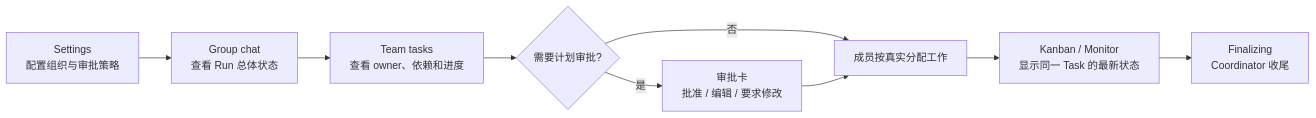
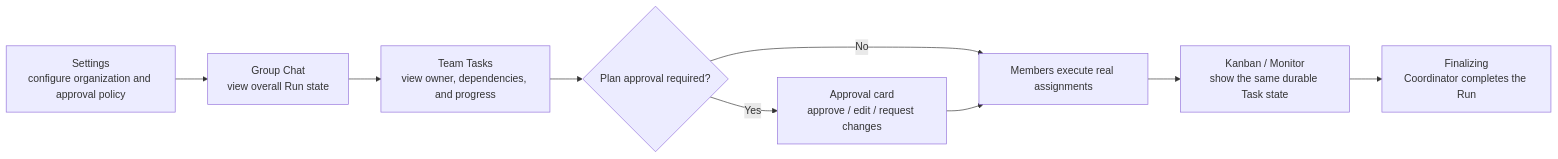
One commit to YORG-AI/ORGII changed the diagram in docs/frontend-ui-audit-2026-07-14/AgentOrgFinalAudit.md. Above: the diagram before and after it, drawn with Mermaid. The commit also changed other lines of this file and 94 other files, not shown here.

````diff
--- a/docs/frontend-ui-audit-2026-07-14/AgentOrgFinalAudit.md
+++ b/docs/frontend-ui-audit-2026-07-14/AgentOrgFinalAudit.md
@@ -24,11 +27,11 @@
 ```mermaid
 flowchart LR
-    S["Settings\n配置组织与审批策略"] --> G["Group chat\n查看 Run 总体状态"]
-    G --> T["Team tasks\n查看 owner、依赖和进度"]
-    T --> P{"需要计划审批?"}
-    P -->|是| A["审批卡\n批准 / 编辑 / 要求修改"]
-    P -->|否| W["成员按真实分配工作"]
+    S["Settings\nconfigure organization and approval policy"] --> G["Group Chat\nview overall Run state"]
+    G --> T["Team Tasks\nview owner, dependencies, and progress"]
+    T --> P{"Plan approval required?"}
+    P -->|"Yes"| A["Approval card\napprove / edit / request changes"]
+    P -->|"No"| W["Members execute real assignments"]
     A --> W
-    W --> K["Kanban / Monitor\n显示同一 Task 的最新状态"]
-    K --> F["Finalizing\nCoordinator 收尾"]
+    W --> K["Kanban / Monitor\nshow the same durable Task state"]
+    K --> F["Finalizing\nCoordinator completes the Run"]
 ```
````
